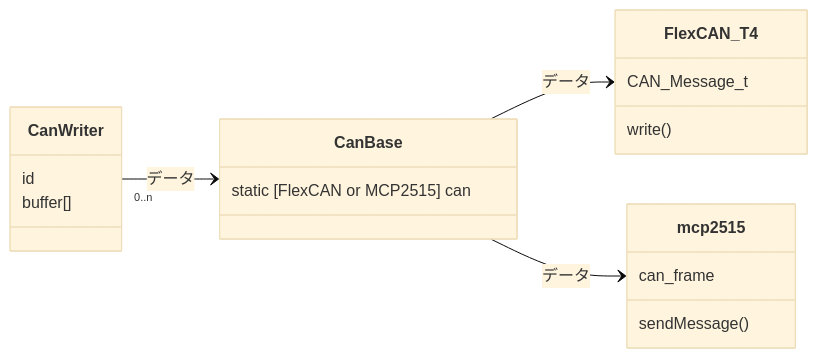
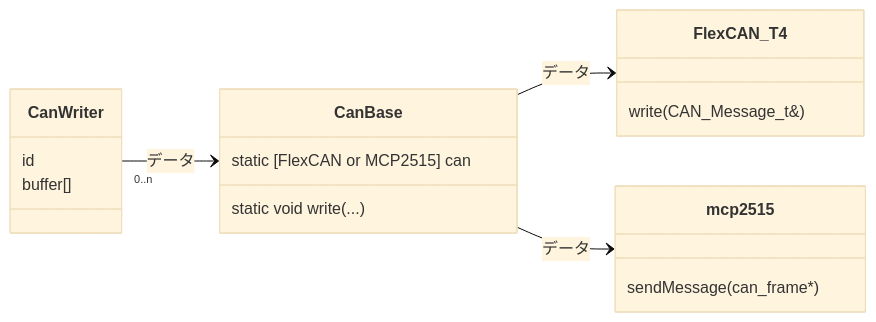
The diagram in com/can/CanWriter/README.md (udonrobo/UdonLibrary), drawn with Mermaid (base theme) before and after one commit. The commit also changed 1 other file, not shown here.

Commit message:
またしてもドキュメント更新

````diff
--- a/com/can/CanWriter/README.md
+++ b/com/can/CanWriter/README.md
@@ -96,29 +96,28 @@
 ```mermaid
 classDiagram
   direction RL
 
 	class CanWriter {
 		id
 		buffer[]
 	}
 
 	class CanBase {
 		static [FlexCAN or MCP2515] can
+		static void write(...)
 	}
 
 	class mcp2515 {
-		can_frame
-		sendMessage()
+		sendMessage(can_frame*)
 	}
 	class FlexCAN_T4 {
-		CAN_Message_t
-		write()
+		write(CAN_Message_t&)
 	}
 
 	FlexCAN_T4 <-- CanBase : データ
 
 	mcp2515 <-- CanBase : データ
 
 	CanBase <-- "0..n" CanWriter : データ
 
 ```
````
